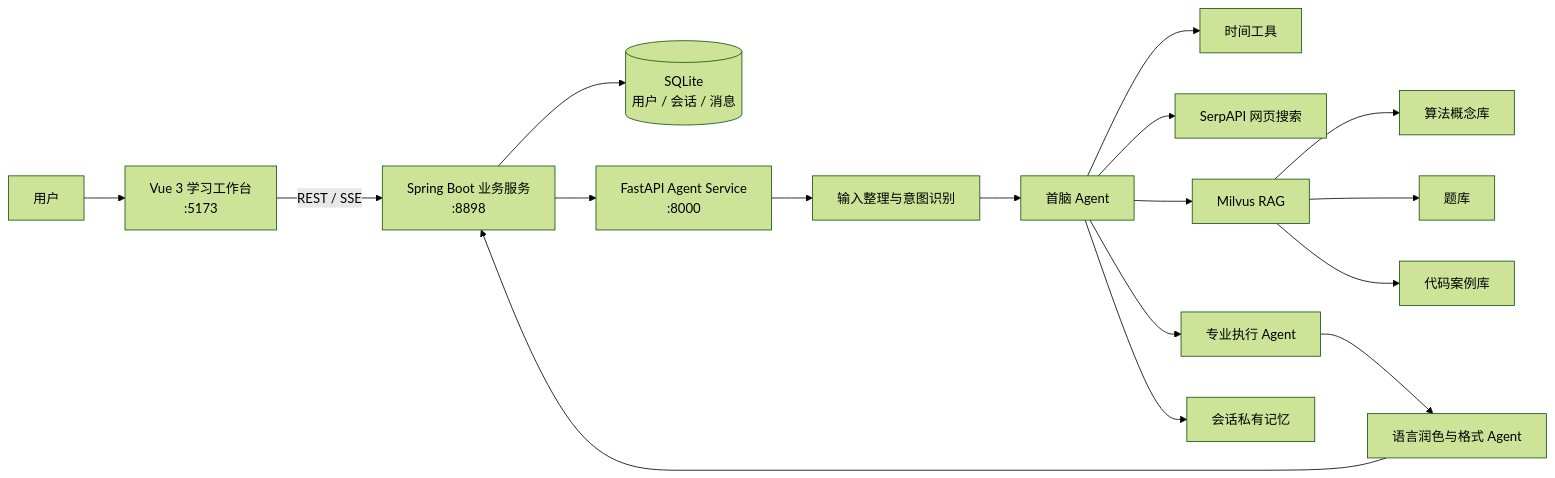
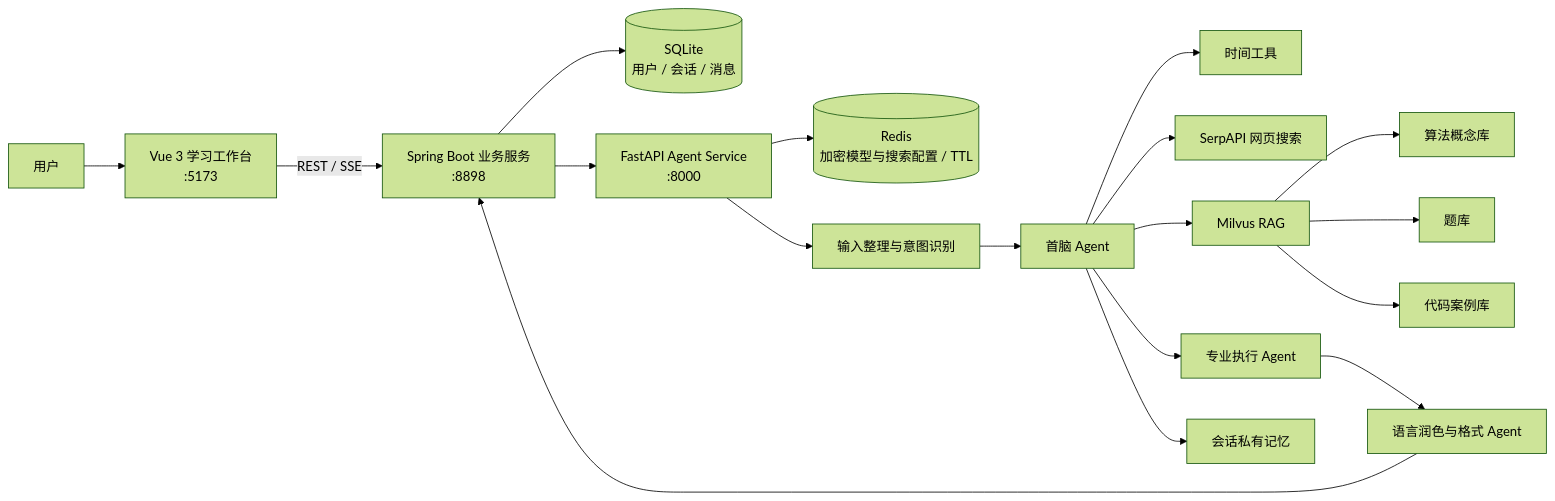
The diagram in README.md (BreakSw/AIgoMate), drawn with Mermaid (forest theme) before and after one commit. The commit also changed other lines of this file and 47 other files, not shown here.

````diff
--- a/README.md
+++ b/README.md
@@ -21,21 +22,22 @@
 ```mermaid
 flowchart LR
     U[用户] --> V[Vue 3 学习工作台<br/>:5173]
     V -->|REST / SSE| B[Spring Boot 业务服务<br/>:8898]
     B --> S[(SQLite<br/>用户 / 会话 / 消息)]
     B --> A[FastAPI Agent Service<br/>:8000]
+    A --> KV[(Redis<br/>加密模型与搜索配置 / TTL)]
 
     A --> I[输入整理与意图识别]
     I --> C[首脑 Agent]
     C --> T[时间工具]
     C --> W[SerpAPI 网页搜索]
     C --> R[Milvus RAG]
     C --> E[专业执行 Agent]
     C --> M[会话私有记忆]
     E --> P[语言润色与格式 Agent]
     P --> B
 
     R --> R1[算法概念库]
     R --> R2[题库]
     R --> R3[代码案例库]
 ```
````
